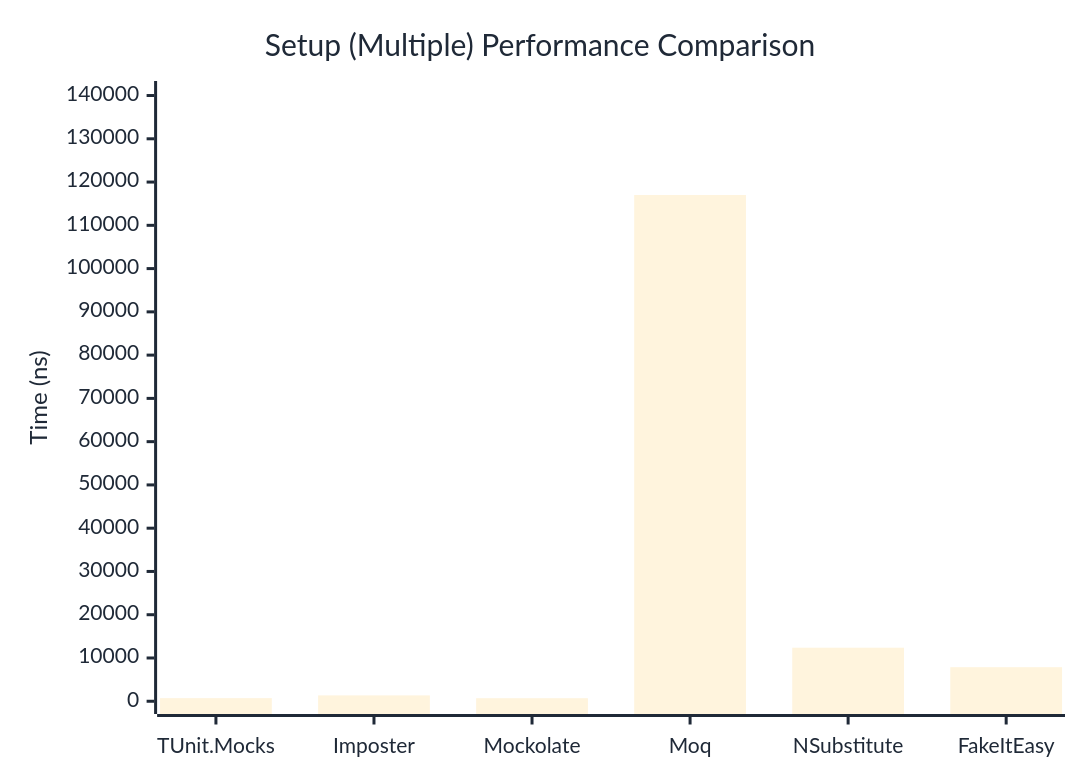
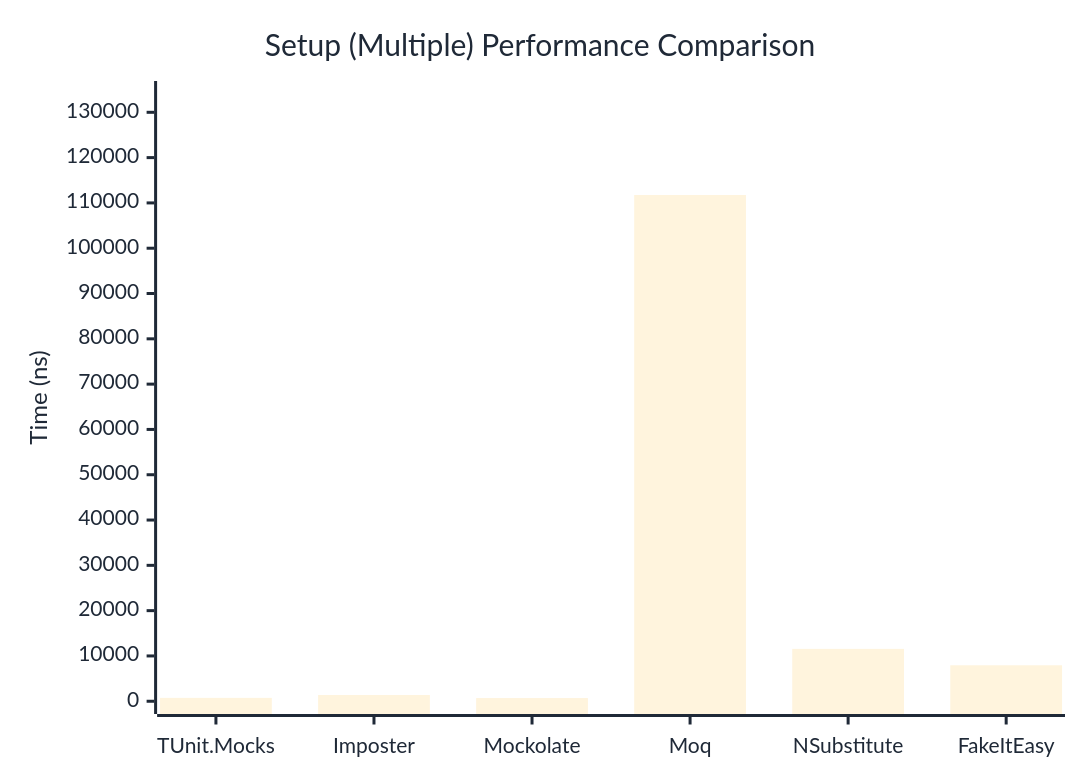
The second of 2 diagrams in docs/docs/benchmarks/mocks/Setup.md (thomhurst/TUnit), drawn with Mermaid before and after one commit. The commit also changed other lines of this file and 14 other files, not shown here.

````diff
--- a/docs/docs/benchmarks/mocks/Setup.md
+++ b/docs/docs/benchmarks/mocks/Setup.md
@@ -69,27 +69,27 @@
 ```mermaid
 %%{init: {
   'theme':'base',
   'themeVariables': {
     'primaryColor': '#2563eb',
     'primaryTextColor': '#1f2937',
     'primaryBorderColor': '#1e40af',
     'lineColor': '#6b7280',
     'secondaryColor': '#7c3aed',
     'tertiaryColor': '#dc2626',
     'background': '#ffffff',
     'pie1': '#2563eb',
     'pie2': '#7c3aed',
     'pie3': '#dc2626',
     'pie4': '#f59e0b',
     'pie5': '#10b981',
     'pie6': '#06b6d4',
     'pie7': '#ec4899',
     'pie8': '#6366f1'
   }
 }}%%
 xychart-beta
   title "Setup (Multiple) Performance Comparison"
   x-axis ["TUnit.Mocks", "Imposter", "Mockolate", "Moq", "NSubstitute", "FakeItEasy"]
-  y-axis "Time (ns)" 0 --> 140411
-  bar [723.5, 1356, 706.8, 117008.6, 12373.9, 7871.3]
+  y-axis "Time (ns)" 0 --> 134097
+  bar [743.7, 1384.7, 707.3, 111746.9, 11563.4, 7942.7]
 ```
````
